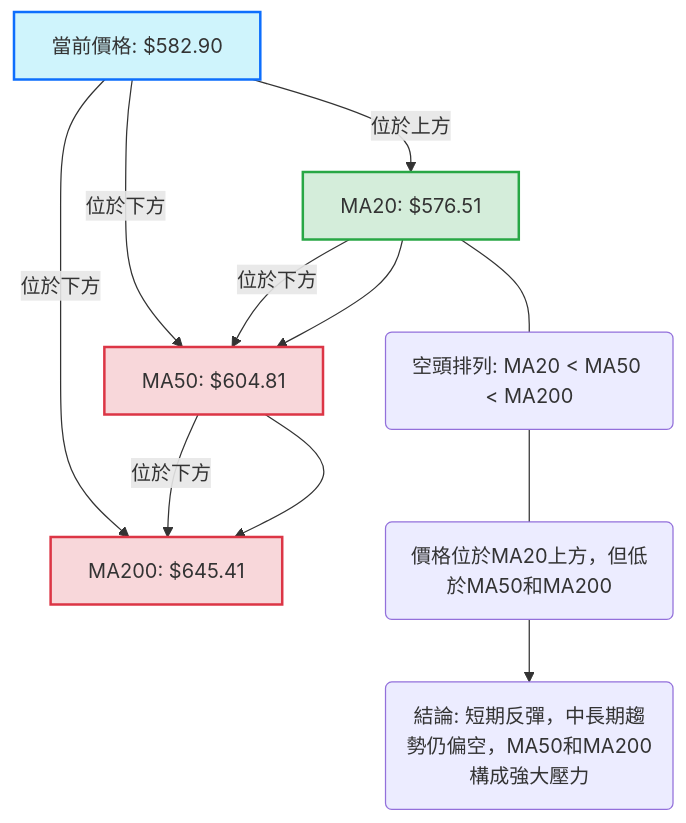
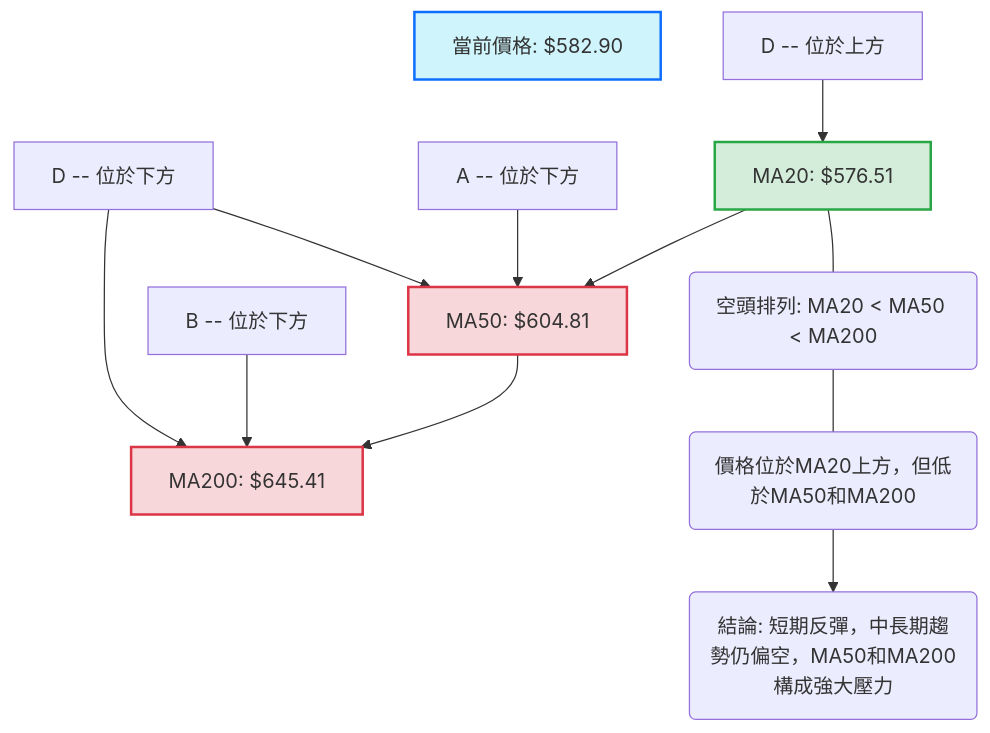
Before and after one commit to yennanliu/finance_data: the seventh of 12 diagrams in ai_gen_report/stock/meta/technical_analysis_2026-07-06_gemini.md, drawn with Mermaid. The commit also changed other lines of this file and 2258 other files, not shown here.

First line of the commit message:
chore: backfill Mermaid syntax repair across existing reports

````diff
--- a/ai_gen_report/stock/meta/technical_analysis_2026-07-06_gemini.md
+++ b/ai_gen_report/stock/meta/technical_analysis_2026-07-06_gemini.md
@@ -414,18 +414,18 @@
 ```mermaid
 graph TD
-    A[MA20: $576.51] --> B[MA50: $604.81]
-    B --> C[MA200: $645.41]
-    A -- 位於下方 --> B
-    B -- 位於下方 --> C
-    D[當前價格: $582.90]
-    D -- 位於上方 --> A
-    D -- 位於下方 --> B
-    D -- 位於下方 --> C
+    A["MA20: $576.51"] --> B["MA50: $604.81"]
+    B --> C["MA200: $645.41"]
+    nb1["A -- 位於下方"] --> B
+    nb2["B -- 位於下方"] --> C
+    D["當前價格: $582.90"]
+    nb3["D -- 位於上方"] --> A
+    nb4["D -- 位於下方"] --> B
+    nb4["D -- 位於下方"] --> C
     style A fill:#D4EDDA,stroke:#28A745,stroke-width:2px
     style B fill:#F8D7DA,stroke:#DC3545,stroke-width:2px
     style C fill:#F8D7DA,stroke:#DC3545,stroke-width:2px
     style D fill:#CFF4FC,stroke:#0D6EFD,stroke-width:2px
-    A --- E(空頭排列: MA20 < MA50 < MA200)
-    E --- F(價格位於MA20上方，但低於MA50和MA200)
-    F --> G(結論: 短期反彈，中長期趨勢仍偏空，MA50和MA200構成強大壓力)
+    A --- E("空頭排列: MA20 < MA50 < MA200")
+    E --- F("價格位於MA20上方，但低於MA50和MA200")
+    F --> G("結論: 短期反彈，中長期趨勢仍偏空，MA50和MA200構成強大壓力")
 ```
````
